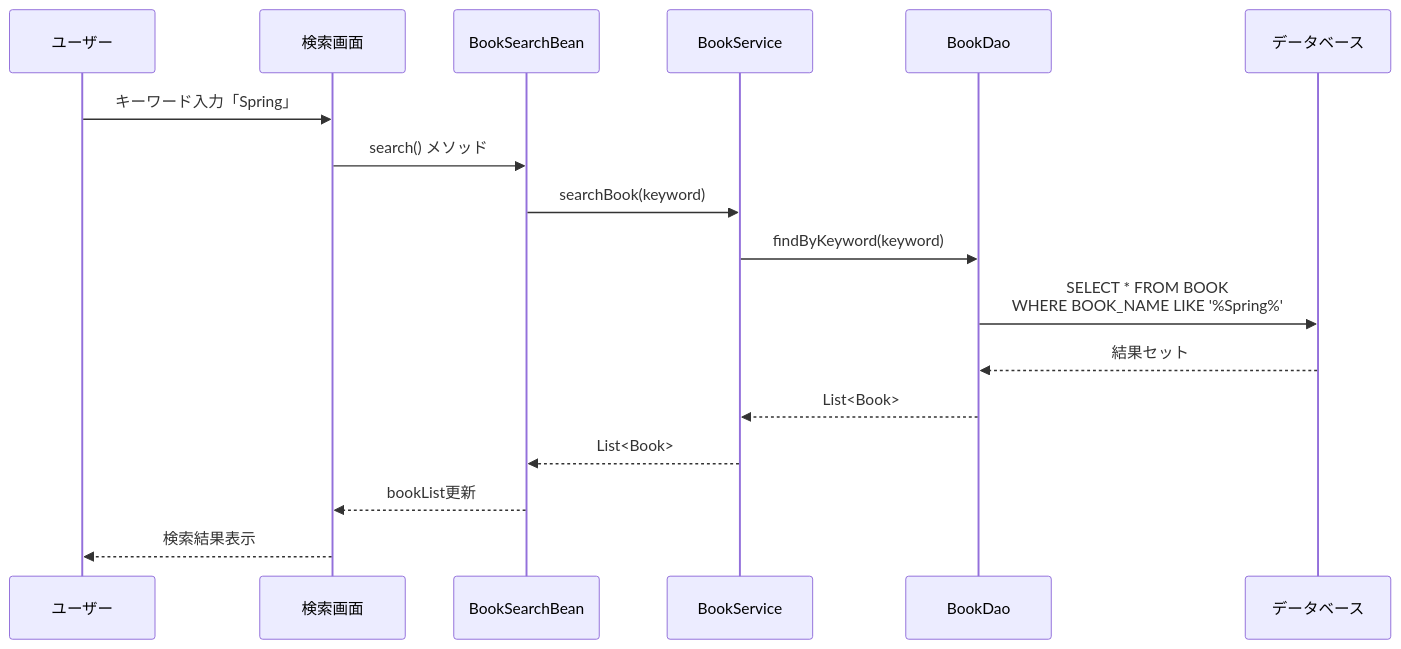
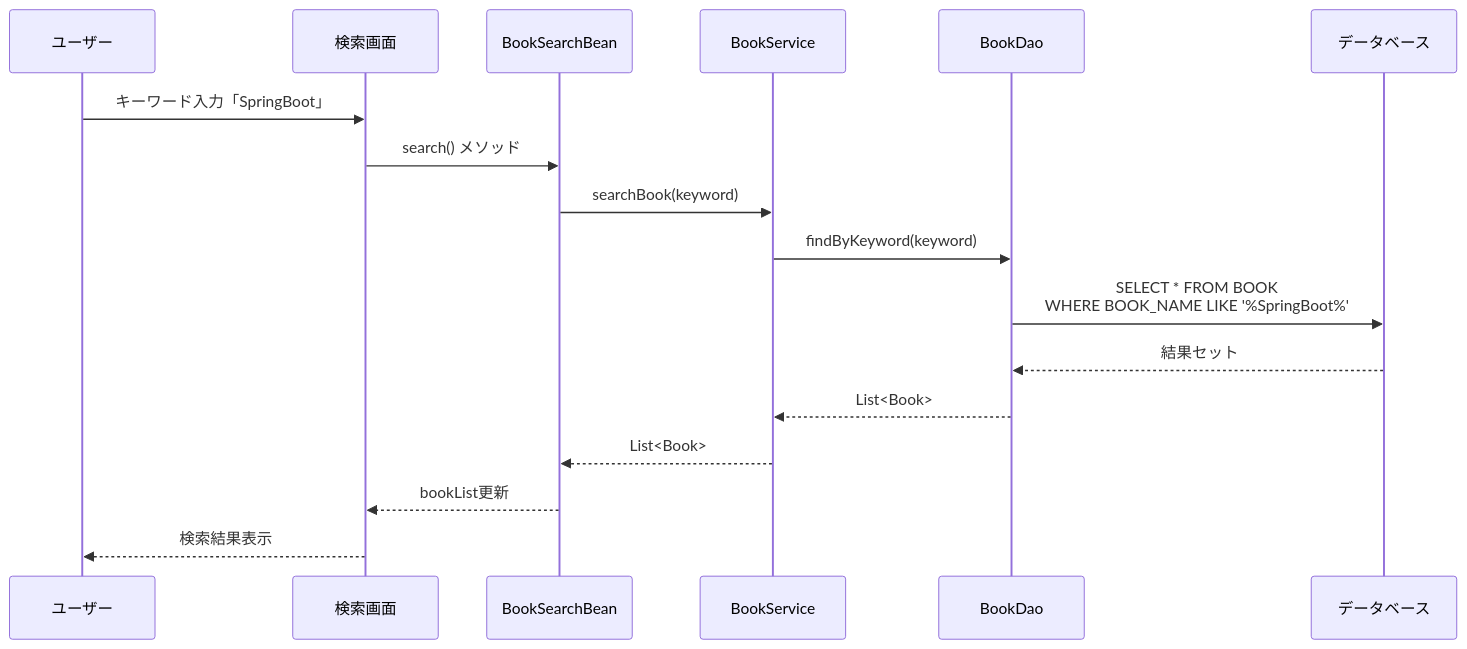
One commit to KenyaSaitoh/ai_dev_training_202512 changed the second of 6 diagrams in projects/java/berry-books-spec-driven/specs/functional-design.md. Above: the diagram before and after it, drawn with Mermaid. The commit also changed other lines of this file and 13 other files, not shown here.

````diff
--- a/projects/java/berry-books-spec-driven/specs/functional-design.md
+++ b/projects/java/berry-books-spec-driven/specs/functional-design.md
@@ -334,20 +334,20 @@
 ```mermaid
 sequenceDiagram
     participant User as ユーザー
     participant View as 検索画面
     participant Bean as BookSearchBean
     participant Service as BookService
     participant DAO as BookDao
     participant DB as データベース
     
-    User->>View: キーワード入力「Spring」
+    User->>View: キーワード入力「SpringBoot」
     View->>Bean: search() メソッド
     Bean->>Service: searchBook(keyword)
     Service->>DAO: findByKeyword(keyword)
-    DAO->>DB: SELECT * FROM BOOK<br/>WHERE BOOK_NAME LIKE '%Spring%'
+    DAO->>DB: SELECT * FROM BOOK<br/>WHERE BOOK_NAME LIKE '%SpringBoot%'
     DB-->>DAO: 結果セット
     DAO-->>Service: List<Book>
     Service-->>Bean: List<Book>
     Bean-->>View: bookList更新
     View-->>User: 検索結果表示
 ```
````
